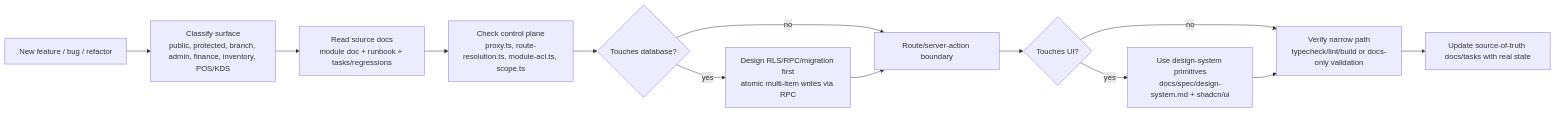
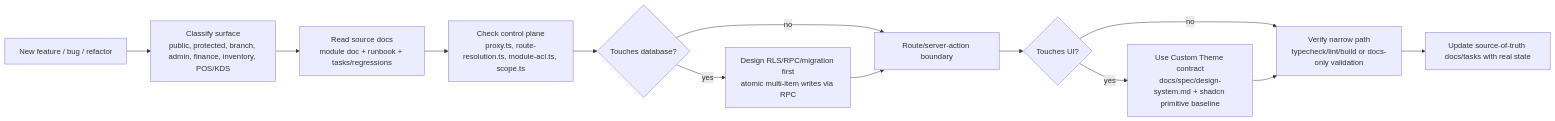
Before and after one commit to comtammatu/comtammatu: the second of 6 diagrams in docs/CODEBASE_MAP.md, drawn with Mermaid. The commit also changed other lines of this file and 56 other files, not shown here.

````diff
--- a/docs/CODEBASE_MAP.md
+++ b/docs/CODEBASE_MAP.md
@@ -97,15 +97,15 @@
 ```mermaid
 flowchart LR
     request["New feature / bug / refactor"] --> classify["Classify surface<br/>public, protected, branch, admin, finance, inventory, POS/KDS"]
     classify --> docs["Read source docs<br/>module doc + runbook + tasks/regressions"]
     docs --> auth["Check control plane<br/>proxy.ts, route-resolution.ts, module-acl.ts, scope.ts"]
     auth --> data{"Touches database?"}
     data -->|yes| rpc["Design RLS/RPC/migration first<br/>atomic multi-item writes via RPC"]
     data -->|no| route["Route/server-action boundary"]
     rpc --> route
     route --> ui{"Touches UI?"}
-    ui -->|yes| design["Use design-system primitives<br/>docs/spec/design-system.md + shadcn/ui"]
+    ui -->|yes| design["Use Custom Theme contract<br/>docs/spec/design-system.md + shadcn primitive baseline"]
     ui -->|no| verify
     design --> verify["Verify narrow path<br/>typecheck/lint/build or docs-only validation"]
     verify --> update["Update source-of-truth docs/tasks with real state"]
 ```
````
